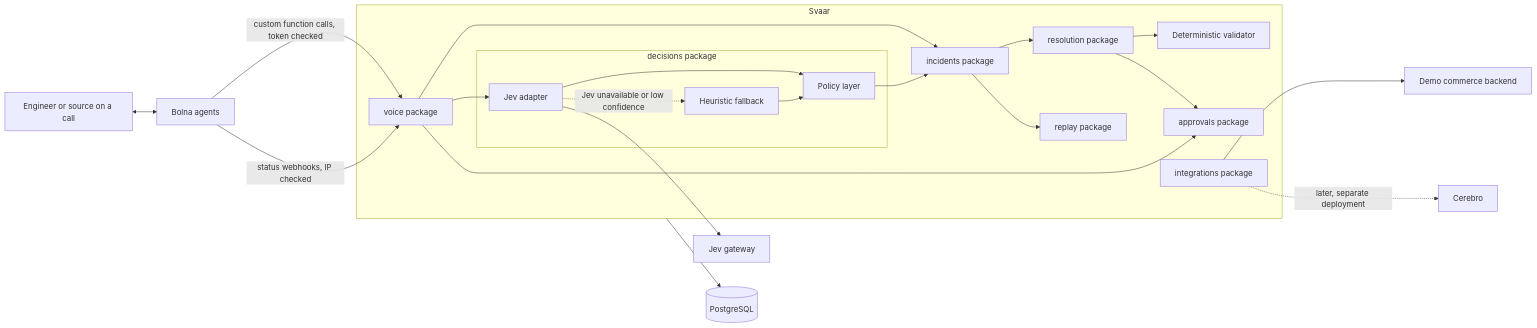
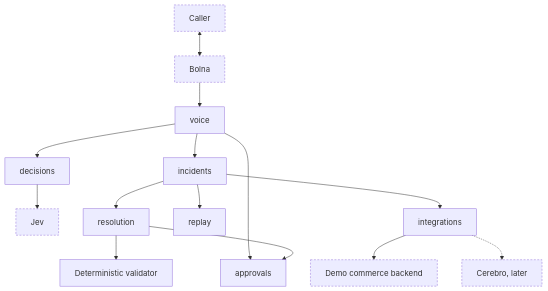
Before and after one commit to shreya-mishra325/svaar: the first of 2 diagrams in plans/PLAN.md, drawn with Mermaid. The commit also changed other lines of this file, not shown here.

Commit message:
Revise architecture flowcharts and documentation for decision tree
Updated architecture diagrams and clarified package ownership details.

````diff
--- a/plans/PLAN.md
+++ b/plans/PLAN.md
@@ -58,38 +58,19 @@
 ```mermaid
-flowchart LR
-    Caller["Engineer or source on a call"] <--> Bolna["Bolna agents"]
-    Bolna -- "custom function calls, token checked" --> Voice
-    Bolna -- "status webhooks, IP checked" --> Voice
+flowchart TD
+    Caller["Caller"] <--> Bolna["Bolna"]
+    Bolna --> Voice["voice"]
+    Voice --> Incidents["incidents"]
+    Voice --> Decisions["decisions"]
+    Voice --> Approvals["approvals"]
+    Decisions --> Jev["Jev"]
+    Incidents --> Resolution["resolution"]
+    Resolution --> Validator["Deterministic validator"]
+    Resolution --> Approvals
+    Incidents --> Replay["replay"]
+    Incidents --> Integrations["integrations"]
+    Integrations --> Commerce["Demo commerce backend"]
+    Integrations -.-> Cerebro["Cerebro, later"]
 
-    subgraph Svaar["Svaar"]
-        Voice["voice package"]
-        Inc["incidents package"]
-        Res["resolution package"]
-        Val["Deterministic validator"]
-        Rep["replay package"]
-        Appr["approvals package"]
-        Int["integrations package"]
-        subgraph Dec["decisions package"]
-            Adapter["Jev adapter"]
-            Pol["Policy layer"]
-            Fb["Heuristic fallback"]
-        end
-    end
-
-    Voice --> Inc
-    Voice --> Adapter
-    Voice --> Appr
-    Adapter --> Pol
-    Adapter -. "Jev unavailable or low confidence" .-> Fb
-    Fb --> Pol
-    Pol --> Inc
-    Inc --> Res
-    Res --> Val
-    Res --> Appr
-    Inc --> Rep
-
-    Adapter --> Jev["Jev gateway"]
-    Svaar --> DB[("PostgreSQL")]
-    Int --> Commerce["Demo commerce backend"]
-    Int -. "later, separate deployment" .-> Cerebro["Cerebro"]
+    classDef external stroke-dasharray: 4 3
+    class Caller,Bolna,Jev,Commerce,Cerebro external
 ```
````
